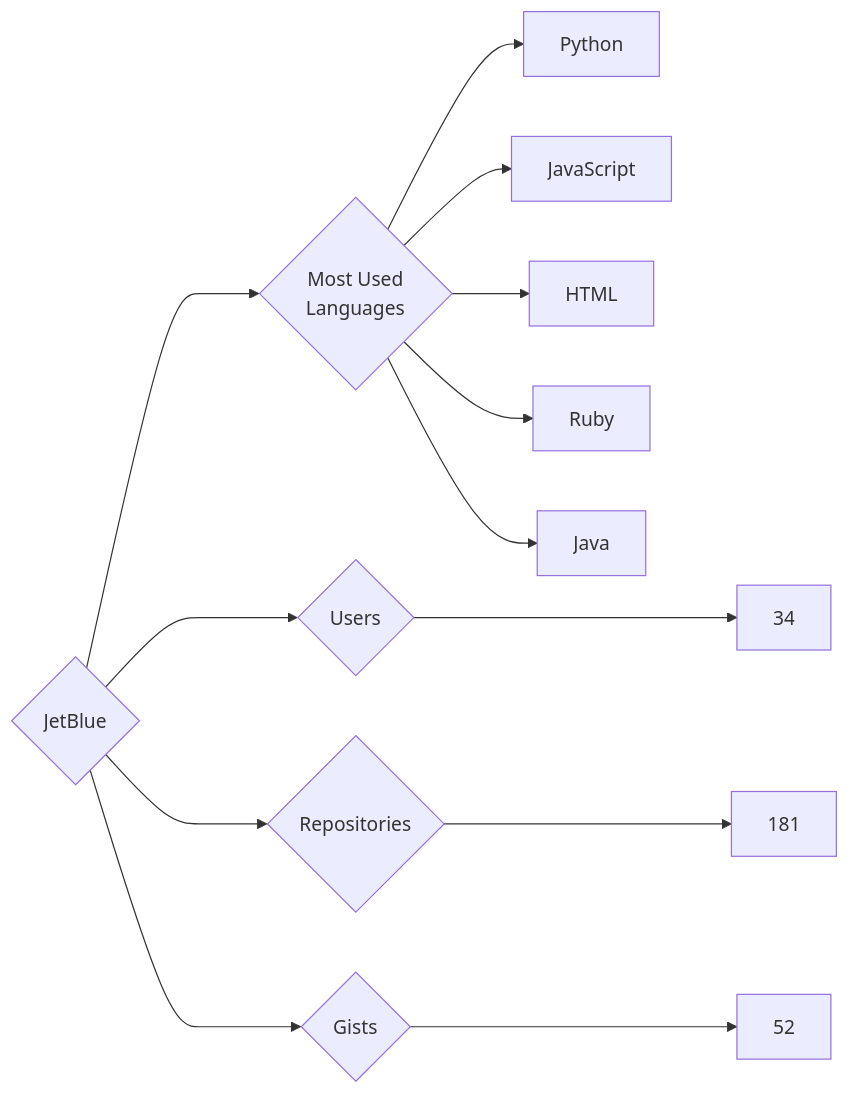
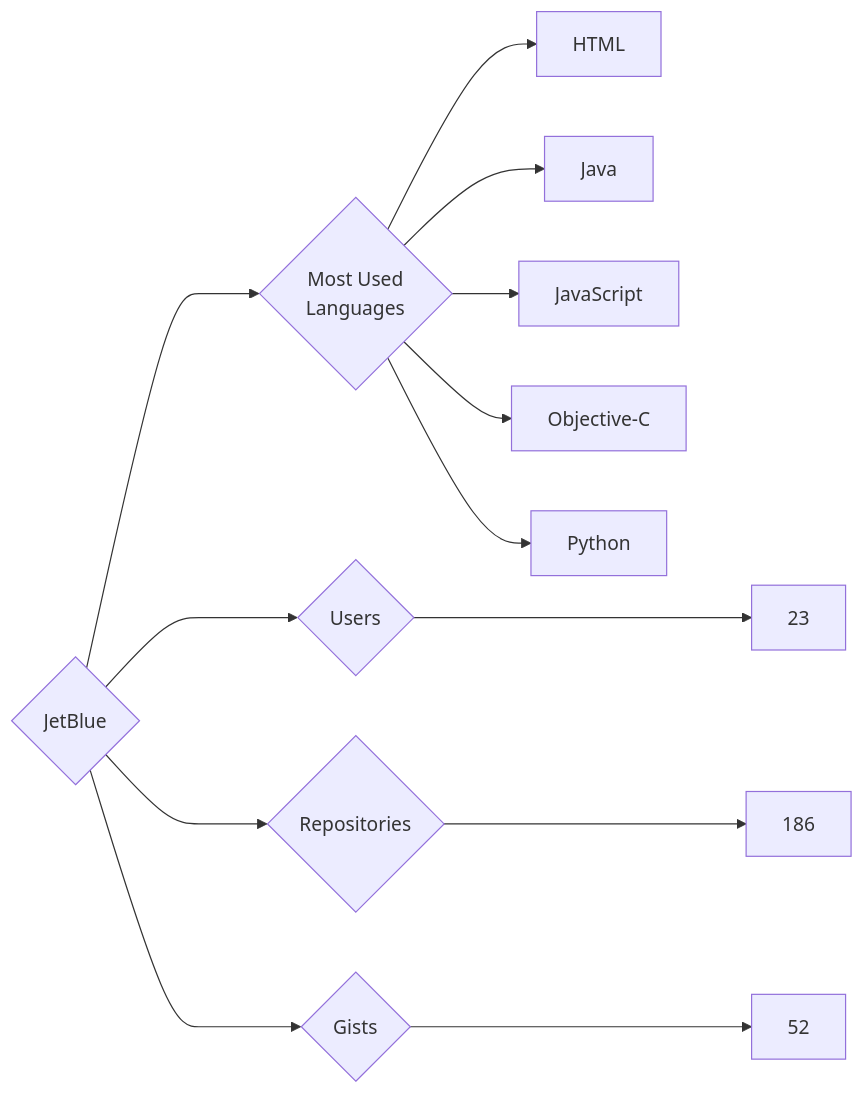
One commit to trickest/insiders changed the diagram in targets/JetBlue/README.md. Above: the diagram before and after it, drawn with Mermaid. The commit also changed 882 other files, not shown here.

````diff
--- a/targets/JetBlue/README.md
+++ b/targets/JetBlue/README.md
@@ -3,13 +3,13 @@
 ```mermaid
 graph LR
 COMPANY_NAME{JetBlue}
-COMPANY_NAME ---> U{Users} ---> UN[34]
-COMPANY_NAME ---> R{Repositories} ---> RN[181]
+COMPANY_NAME ---> U{Users} ---> UN[23]
+COMPANY_NAME ---> R{Repositories} ---> RN[186]
 COMPANY_NAME ---> G{Gists} ---> GN[52]
 COMPANY_NAME ---> ML{Most Used<br>Languages}
+ML --> HTML[HTML]
+ML --> Java[Java]
+ML --> JavaScript[JavaScript]
+ML --> Objective-C[Objective-C]
 ML --> Python[Python]
-ML --> JavaScript[JavaScript]
-ML --> HTML[HTML]
-ML --> Ruby[Ruby]
-ML --> Java[Java]
 ```
````
